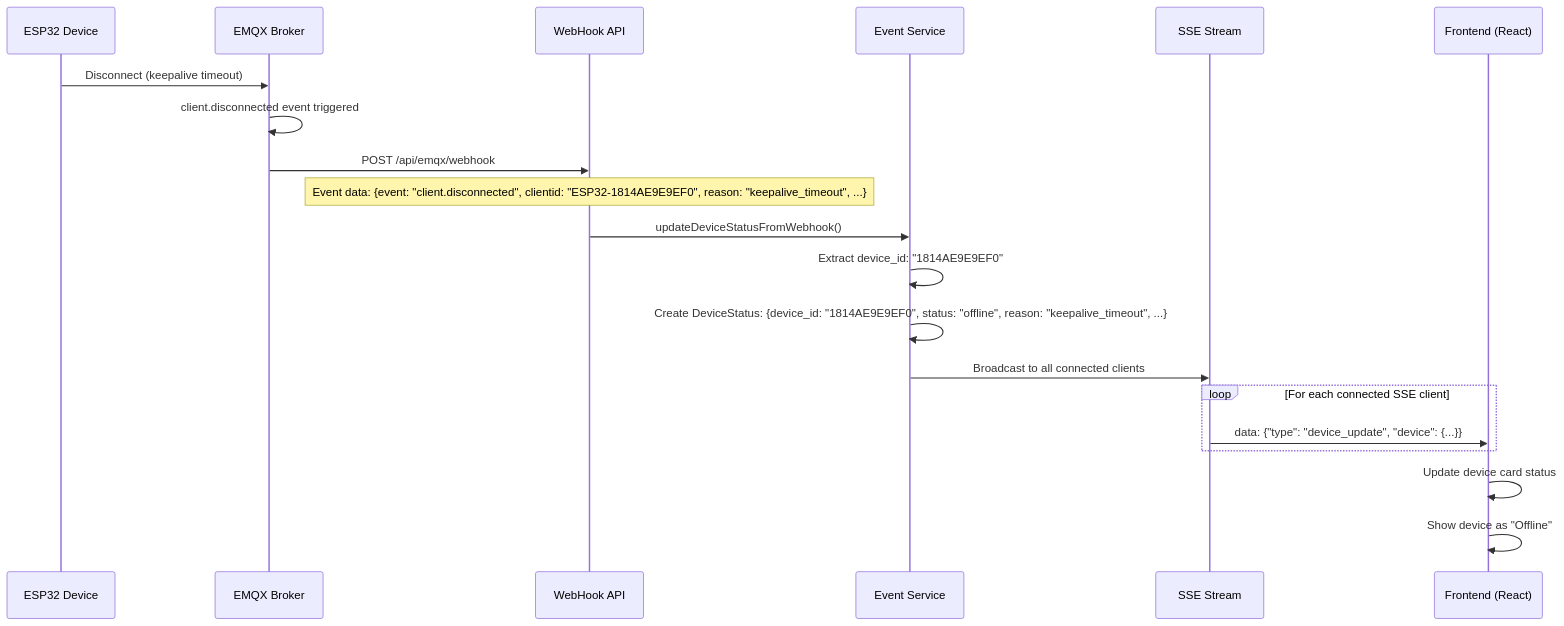
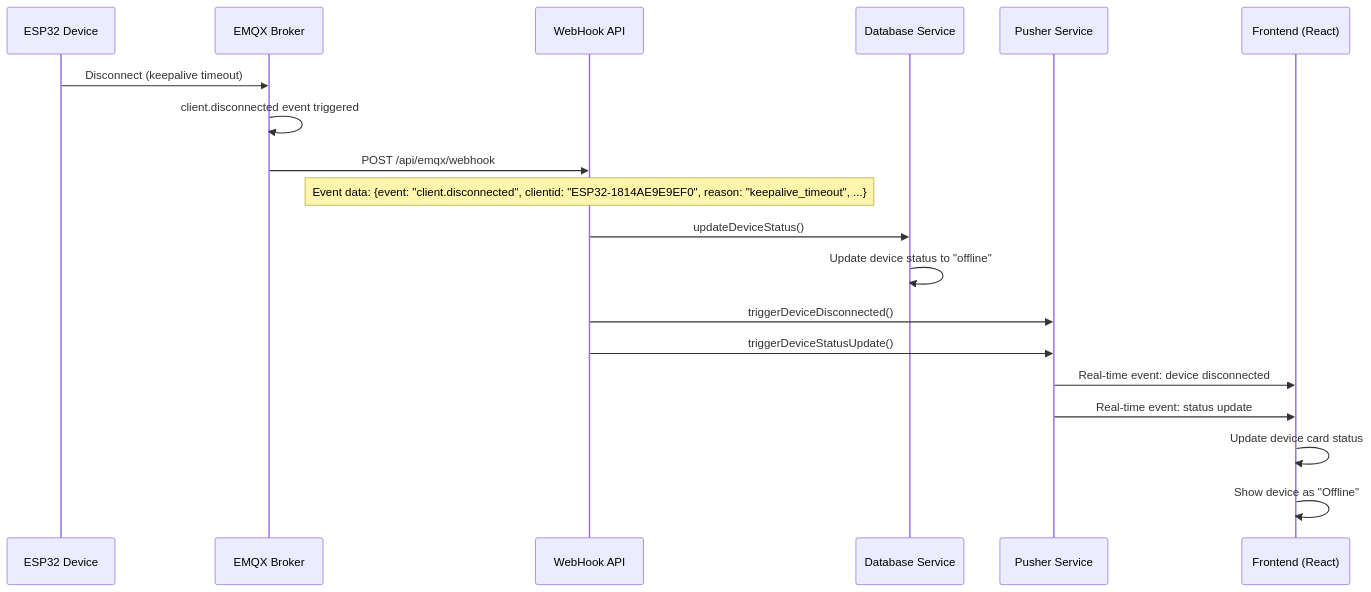
Before and after one commit to Misakaka10086/IoT_Platform: the third of 4 diagrams in web/README.md, drawn with Mermaid. The commit also changed other lines of this file and 19 other files, not shown here.

````diff
--- a/web/README.md
+++ b/web/README.md
@@ -150,26 +173,25 @@
 ```mermaid
 sequenceDiagram
     participant ESP32 as ESP32 Device
     participant EMQX as EMQX Broker
     participant WebHook as WebHook API
-    participant EventService as Event Service
-    participant SSE as SSE Stream
+    participant Database as Database Service
+    participant Pusher as Pusher Service
     participant Frontend as Frontend (React)
 
     ESP32->>EMQX: Disconnect (keepalive timeout)
     EMQX->>EMQX: client.disconnected event triggered
     EMQX->>WebHook: POST /api/emqx/webhook
     Note over WebHook: Event data: {event: "client.disconnected", clientid: "ESP32-1814AE9E9EF0", reason: "keepalive_timeout", ...}
     
-    WebHook->>EventService: updateDeviceStatusFromWebhook()
-    EventService->>EventService: Extract device_id: "1814AE9E9EF0"
-    EventService->>EventService: Create DeviceStatus: {device_id: "1814AE9E9EF0", status: "offline", reason: "keepalive_timeout", ...}
-    EventService->>SSE: Broadcast to all connected clients
+    WebHook->>Database: updateDeviceStatus()
+    Database->>Database: Update device status to "offline"
     
-    loop For each connected SSE client
-        SSE->>Frontend: data: {"type": "device_update", "device": {...}}
-    end
+    WebHook->>Pusher: triggerDeviceDisconnected()
+    WebHook->>Pusher: triggerDeviceStatusUpdate()
+    Pusher->>Frontend: Real-time event: device disconnected
+    Pusher->>Frontend: Real-time event: status update
     
     Frontend->>Frontend: Update device card status
     Frontend->>Frontend: Show device as "Offline"
 ```
````
